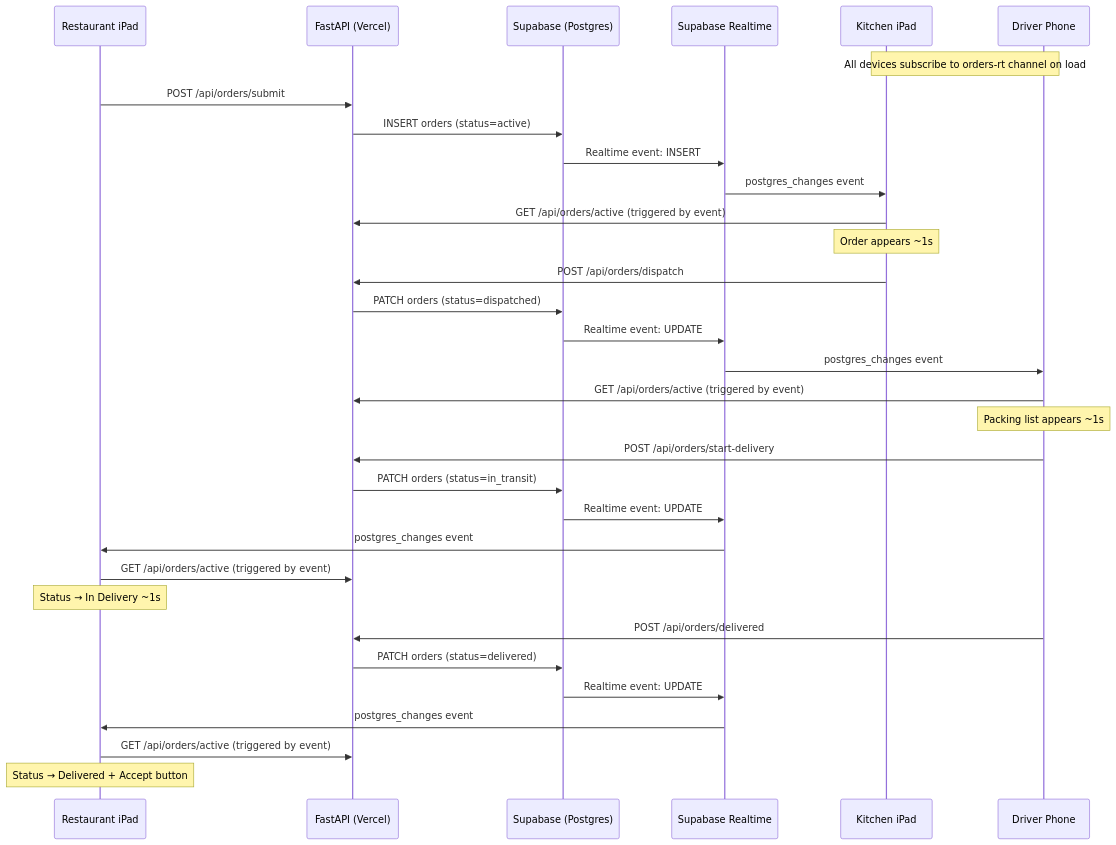
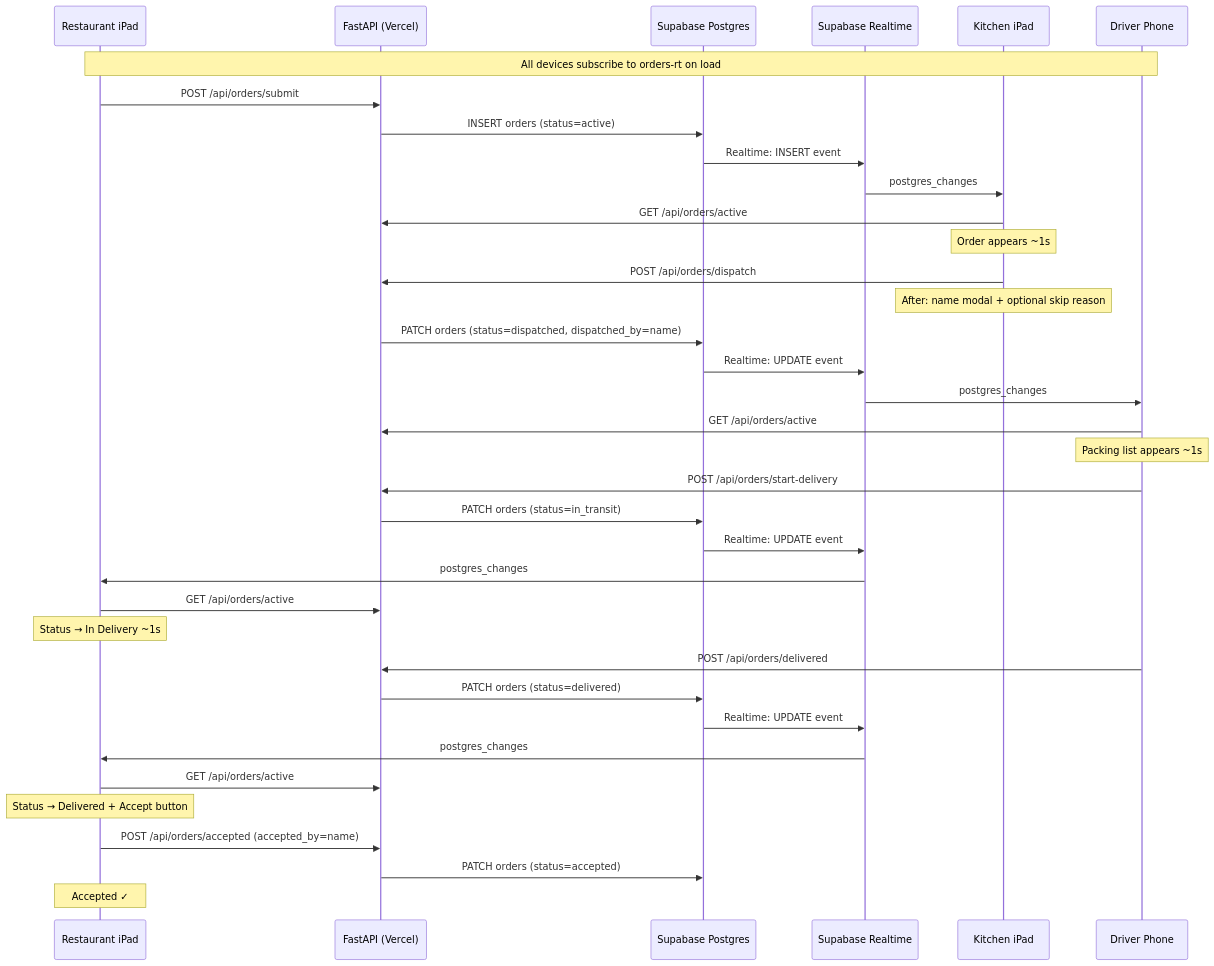
One commit to A380-hub/tori-kitchen-system changed the eighth of 8 diagrams in TORI-KIS-DOCUMENTATION.md. Above: the diagram before and after it, drawn with Mermaid. The commit also changed other lines of this file, not shown here.

````diff
--- a/TORI-KIS-DOCUMENTATION.md
+++ b/TORI-KIS-DOCUMENTATION.md
@@ -390,39 +910,44 @@
 ```mermaid
 sequenceDiagram
     participant R as Restaurant iPad
     participant API as FastAPI (Vercel)
-    participant DB as Supabase (Postgres)
+    participant DB as Supabase Postgres
     participant RT as Supabase Realtime
     participant K as Kitchen iPad
     participant D as Driver Phone
 
-    Note over K,D: All devices subscribe to orders-rt channel on load
+    Note over R,D: All devices subscribe to orders-rt on load
 
     R->>API: POST /api/orders/submit
     API->>DB: INSERT orders (status=active)
-    DB->>RT: Realtime event: INSERT
-    RT->>K: postgres_changes event
-    K->>API: GET /api/orders/active (triggered by event)
+    DB->>RT: Realtime: INSERT event
+    RT->>K: postgres_changes
+    K->>API: GET /api/orders/active
     Note over K: Order appears ~1s
 
     K->>API: POST /api/orders/dispatch
-    API->>DB: PATCH orders (status=dispatched)
-    DB->>RT: Realtime event: UPDATE
-    RT->>D: postgres_changes event
-    D->>API: GET /api/orders/active (triggered by event)
+    Note over K: After: name modal + optional skip reason
+    API->>DB: PATCH orders (status=dispatched, dispatched_by=name)
+    DB->>RT: Realtime: UPDATE event
+    RT->>D: postgres_changes
+    D->>API: GET /api/orders/active
     Note over D: Packing list appears ~1s
 
     D->>API: POST /api/orders/start-delivery
     API->>DB: PATCH orders (status=in_transit)
-    DB->>RT: Realtime event: UPDATE
-    RT->>R: postgres_changes event
-    R->>API: GET /api/orders/active (triggered by event)
+    DB->>RT: Realtime: UPDATE event
+    RT->>R: postgres_changes
+    R->>API: GET /api/orders/active
     Note over R: Status → In Delivery ~1s
 
     D->>API: POST /api/orders/delivered
     API->>DB: PATCH orders (status=delivered)
-    DB->>RT: Realtime event: UPDATE
-    RT->>R: postgres_changes event
-    R->>API: GET /api/orders/active (triggered by event)
+    DB->>RT: Realtime: UPDATE event
+    RT->>R: postgres_changes
+    R->>API: GET /api/orders/active
     Note over R: Status → Delivered + Accept button
+
+    R->>API: POST /api/orders/accepted (accepted_by=name)
+    API->>DB: PATCH orders (status=accepted)
+    Note over R: Accepted ✓
 ```
````
